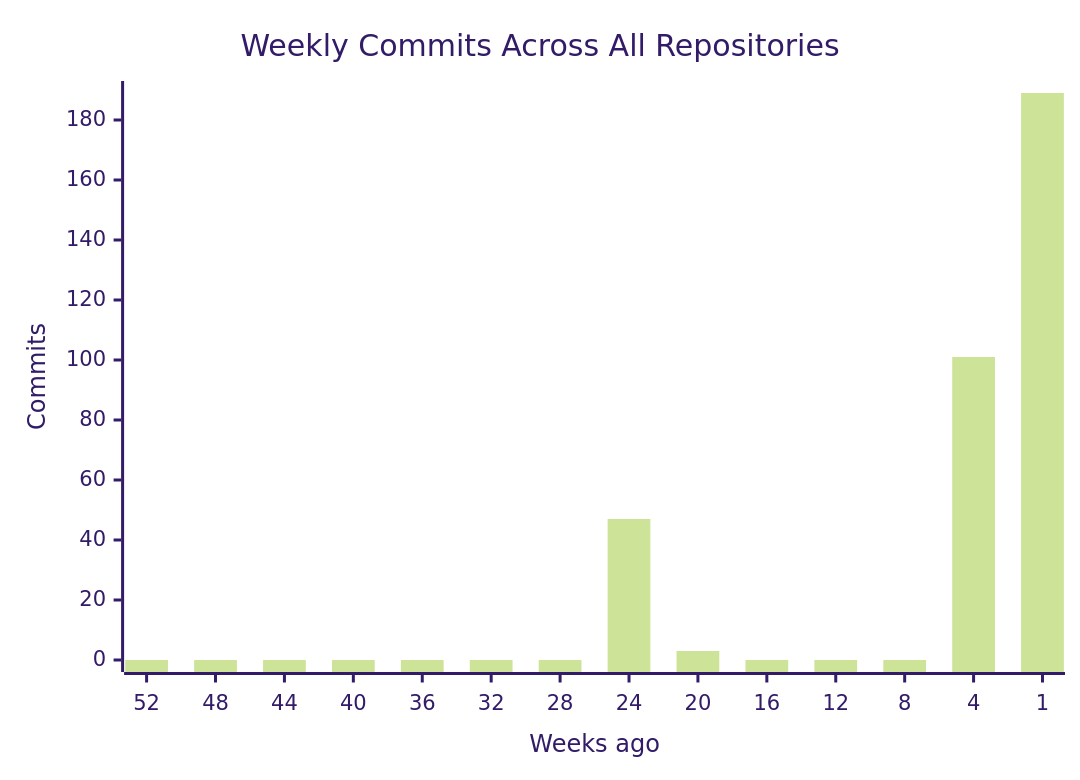
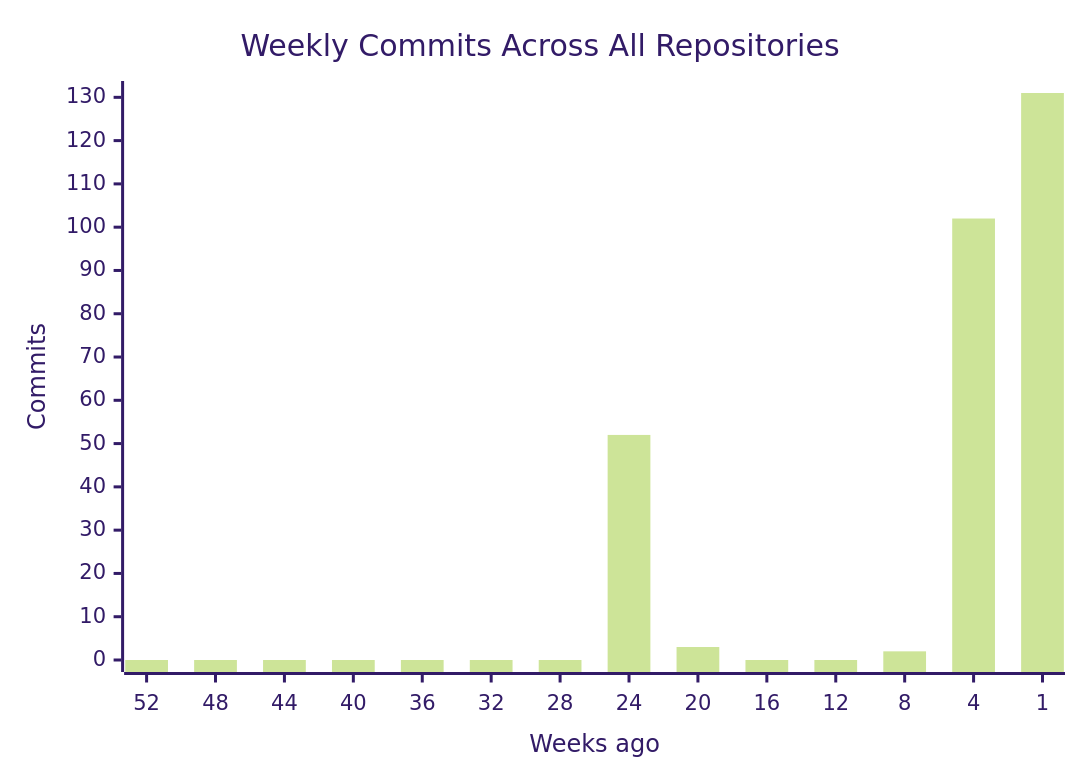
One commit to CSTH-Projects/.github changed the first of 4 diagrams in profile/README.md. Above: the diagram before and after it, drawn with Mermaid (forest theme). The commit also changed other lines of this file, not shown here.

````diff
--- a/profile/README.md
+++ b/profile/README.md
@@ -16,7 +16,7 @@
 ```mermaid
 xychart-beta
     title "Weekly Commits Across All Repositories"
     x-axis "Weeks ago" [52, 48, 44, 40, 36, 32, 28, 24, 20, 16, 12, 8, 4, 1]
     y-axis "Commits"
-    bar [0, 0, 0, 0, 0, 0, 0, 47, 3, 0, 0, 0, 101, 189]
+    bar [0, 0, 0, 0, 0, 0, 0, 52, 3, 0, 0, 2, 102, 131]
 ```
````
